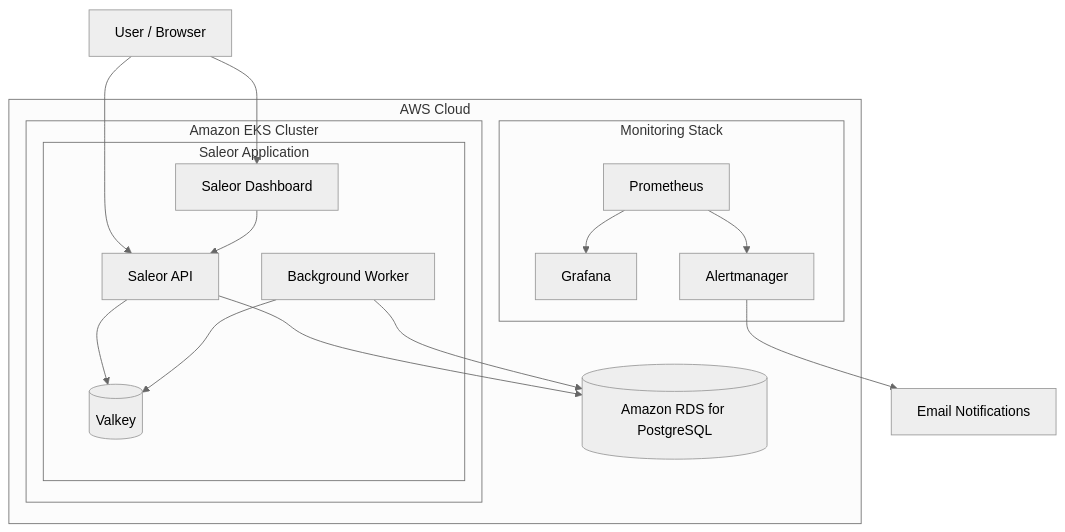
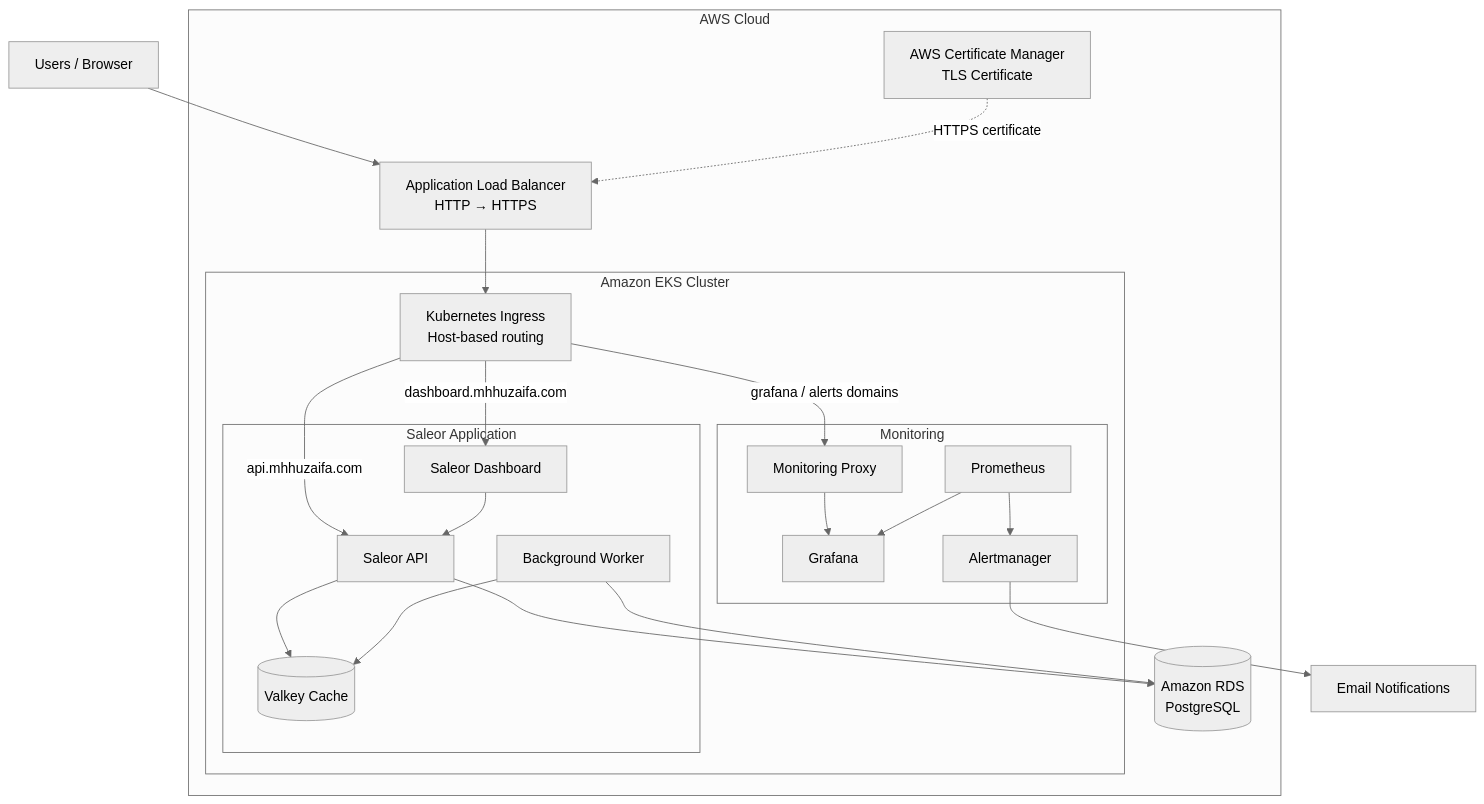
One commit to mhhuzaifa223/saleor-eks changed the diagram in README.md. Above: the diagram before and after it, drawn with Mermaid (neutral theme). The commit also changed other lines of this file, not shown here.

````diff
--- a/README.md
+++ b/README.md
@@ -15,35 +17,48 @@
 ```mermaid
 flowchart TB
-    User["User / Browser"]
+    User["Users / Browser"]
 
     subgraph AWS["AWS Cloud"]
+        ALB["Application Load Balancer<br/>HTTP → HTTPS"]
+
         subgraph EKS["Amazon EKS Cluster"]
-            subgraph Saleor["Saleor Application"]
+            Ingress["Kubernetes Ingress<br/>Host-based routing"]
+
+            subgraph App["Saleor Application"]
                 Dashboard["Saleor Dashboard"]
                 API["Saleor API"]
                 Worker["Background Worker"]
-                Valkey[("Valkey")]
+                Valkey[("Valkey Cache")]
+            end
+
+            subgraph Monitoring["Monitoring"]
+                Proxy["Monitoring Proxy"]
+                Prometheus["Prometheus"]
+                Grafana["Grafana"]
+                Alertmanager["Alertmanager"]
             end
         end
 
-        RDS[("Amazon RDS for PostgreSQL")]
-
-        subgraph Monitoring["Monitoring Stack"]
-            Prometheus["Prometheus"]
-            Grafana["Grafana"]
-            Alertmanager["Alertmanager"]
-        end
+        RDS[("Amazon RDS<br/>PostgreSQL")]
+        ACM["AWS Certificate Manager<br/>TLS Certificate"]
     end
 
-    User --> Dashboard
-    User --> API
+    User --> ALB
+    ACM -. "HTTPS certificate" .-> ALB
+    ALB --> Ingress
+
+    Ingress -->|"dashboard.mhhuzaifa.com"| Dashboard
+    Ingress -->|"api.mhhuzaifa.com"| API
+    Ingress -->|"grafana / alerts domains"| Proxy
+
     Dashboard --> API
     API --> RDS
     Worker --> RDS
     API --> Valkey
     Worker --> Valkey
 
+    Proxy --> Grafana
     Prometheus --> Grafana
     Prometheus --> Alertmanager
     Alertmanager --> Email["Email Notifications"]
 ```
````
